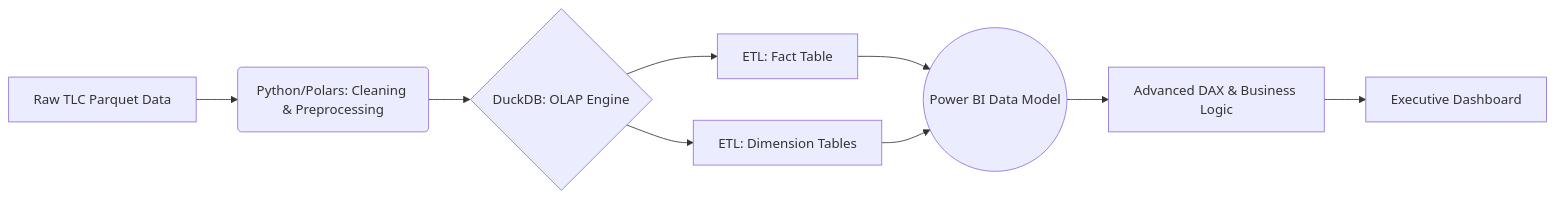
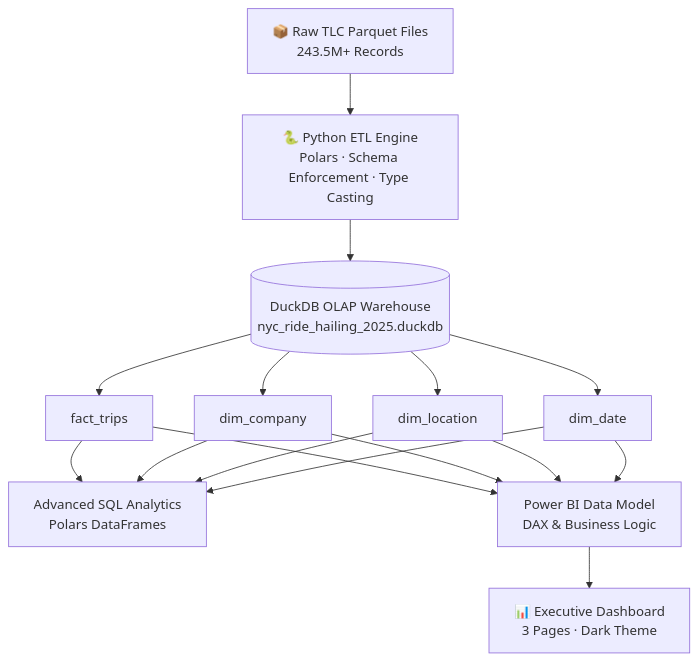
The first of 3 diagrams in README.md (nihatrza/nyc-ride-hailing-analytics-2025), drawn with Mermaid before and after one commit. The commit also changed other lines of this file, not shown here.

````diff
--- a/README.md
+++ b/README.md
@@ -54,11 +119,40 @@
 ```mermaid
-graph LR
-A[Raw TLC Parquet Data] --> B(Python/Polars: Cleaning & Preprocessing)
-B --> C{DuckDB: OLAP Engine}
-C --> D[ETL: Fact Table]
-C --> E[ETL: Dimension Tables]
-D --> F((Power BI Data Model))
-E --> F
-F --> G[Advanced DAX & Business Logic]
-G --> H[Executive Dashboard]
+flowchart TD
+
+    A["📦 Raw TLC Parquet Files<br/>243.5M+ Records"]
+
+    B["🐍 Python ETL Engine<br/>Polars · Schema Enforcement · Type Casting"]
+
+    C[("DuckDB OLAP Warehouse<br/>nyc_ride_hailing_2025.duckdb")]
+
+    D["fact_trips"]
+    E["dim_company"]
+    F["dim_location"]
+    G["dim_date"]
+
+    H["Advanced SQL Analytics<br/>Polars DataFrames"]
+
+    I["Power BI Data Model<br/>DAX & Business Logic"]
+
+    J["📊 Executive Dashboard<br/>3 Pages · Dark Theme"]
+
+    A --> B
+    B --> C
+
+    C --> D
+    C --> E
+    C --> F
+    C --> G
+
+    D --> H
+    E --> H
+    F --> H
+    G --> H
+
+    D --> I
+    E --> I
+    F --> I
+    G --> I
+
+    I --> J
 ```
````
